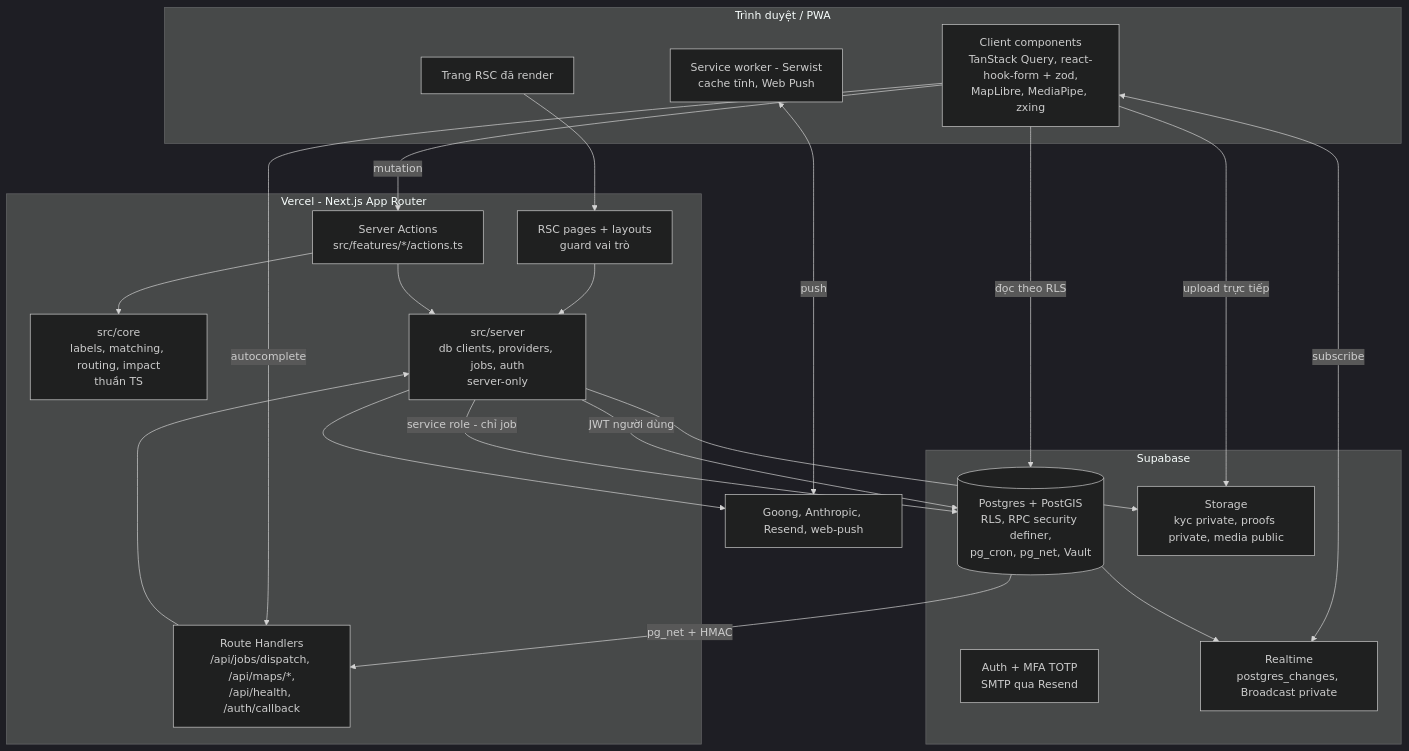
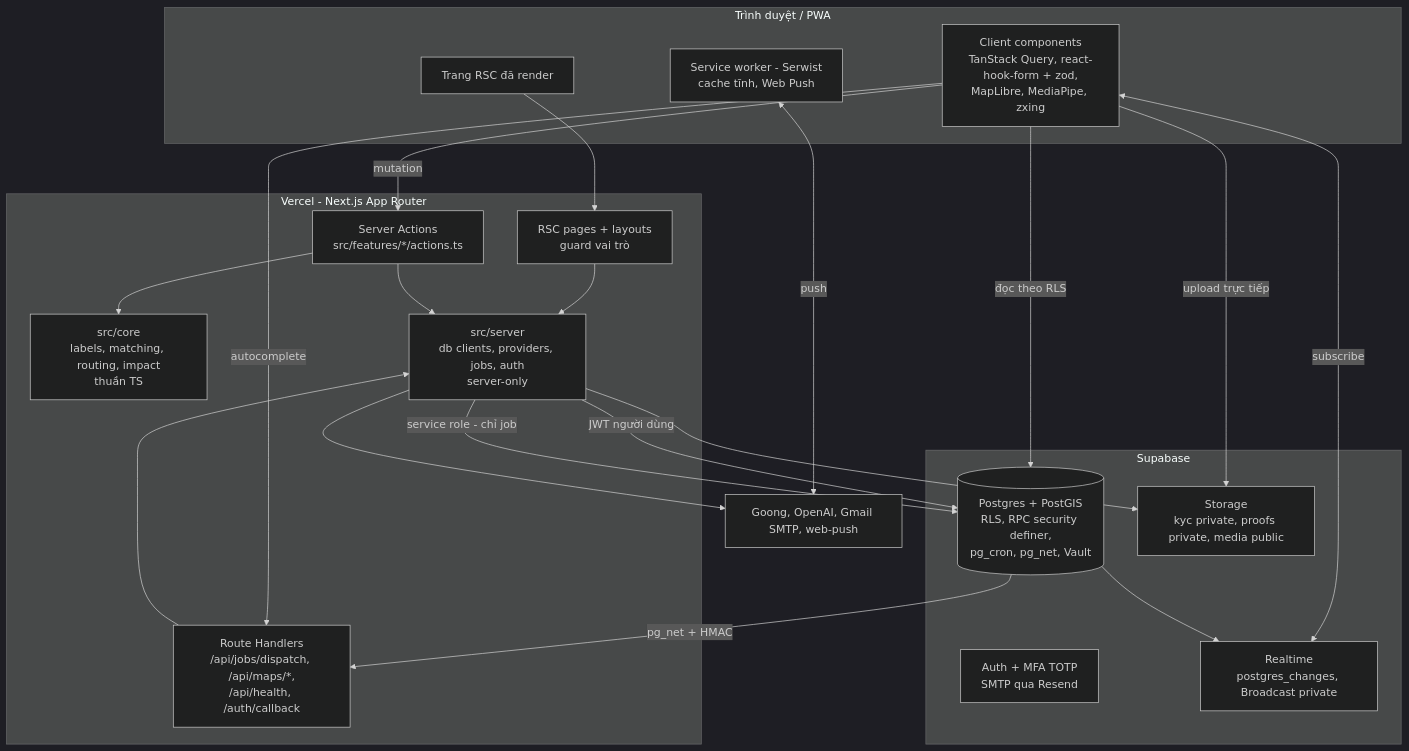
The second of 8 diagrams in docs/ARCHITECTURE.md (bminhnemhoi/FoodSave), drawn with Mermaid (dark theme) before and after one commit. The commit also changed other lines of this file and 4 other files, not shown here.

````diff
--- a/docs/ARCHITECTURE.md
+++ b/docs/ARCHITECTURE.md
@@ -78,41 +78,41 @@
 ```mermaid
 flowchart TB
   subgraph Client[Trình duyệt / PWA]
     RSC[Trang RSC đã render]
     CC[Client components<br/>TanStack Query, react-hook-form + zod,<br/>MapLibre, MediaPipe, zxing]
     SW[Service worker - Serwist<br/>cache tĩnh, Web Push]
   end
 
   subgraph Vercel[Vercel - Next.js App Router]
     PAGES[RSC pages + layouts<br/>guard vai trò]
     SA[Server Actions<br/>src/features/*/actions.ts]
     RH[Route Handlers<br/>/api/jobs/dispatch, /api/maps/*,<br/>/api/health, /auth/callback]
     CORE[src/core<br/>labels, matching, routing, impact<br/>thuần TS]
     SRV[src/server<br/>db clients, providers, jobs, auth<br/>server-only]
   end
 
   subgraph Supabase
     AUTH[Auth + MFA TOTP<br/>SMTP qua Resend]
     PG[(Postgres + PostGIS<br/>RLS, RPC security definer,<br/>pg_cron, pg_net, Vault)]
     STO[Storage<br/>kyc private, proofs private, media public]
     RT[Realtime<br/>postgres_changes, Broadcast private]
   end
 
   RSC --> PAGES
   CC -->|mutation| SA
   CC -->|đọc theo RLS| PG
   CC -->|upload trực tiếp| STO
   CC <-->|subscribe| RT
   CC -->|autocomplete| RH
   PAGES --> SRV
   SA --> CORE
   SA --> SRV
   RH --> SRV
   SRV -->|JWT người dùng| PG
   SRV -->|service role - chỉ job| PG
   SRV --> STO
-  SRV --> EXT[Goong, Anthropic, Resend, web-push]
+  SRV --> EXT[Goong, OpenAI, Gmail SMTP, web-push]
   PG -->|pg_net + HMAC| RH
   PG --> RT
   SW <-->|push| EXT
 ```
````
